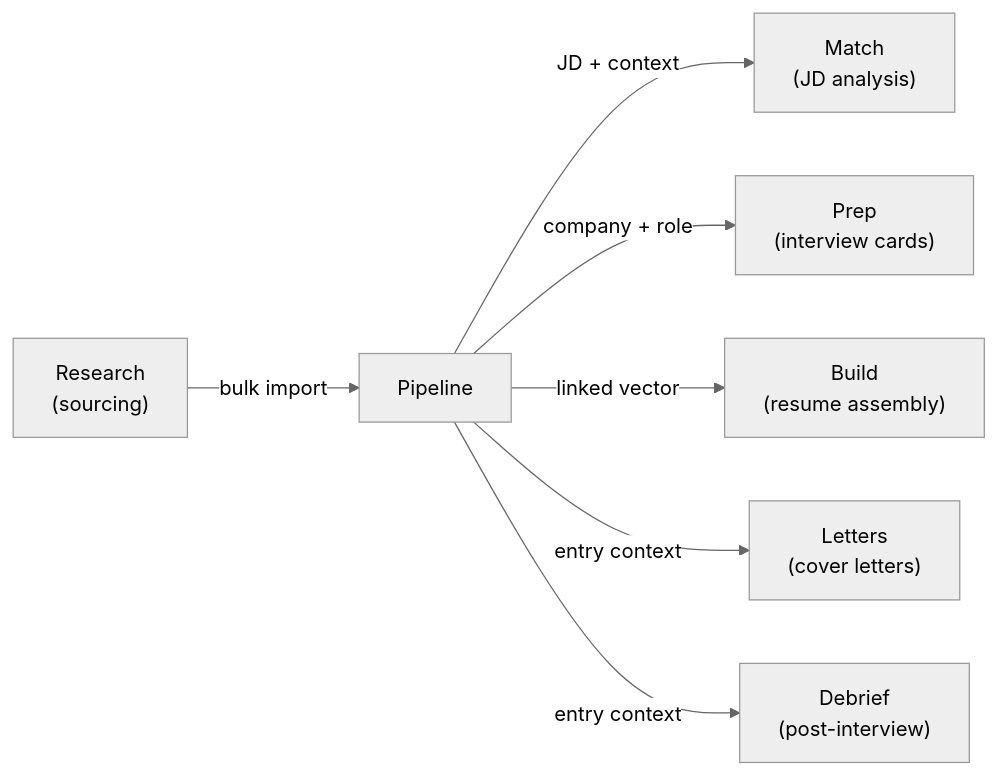
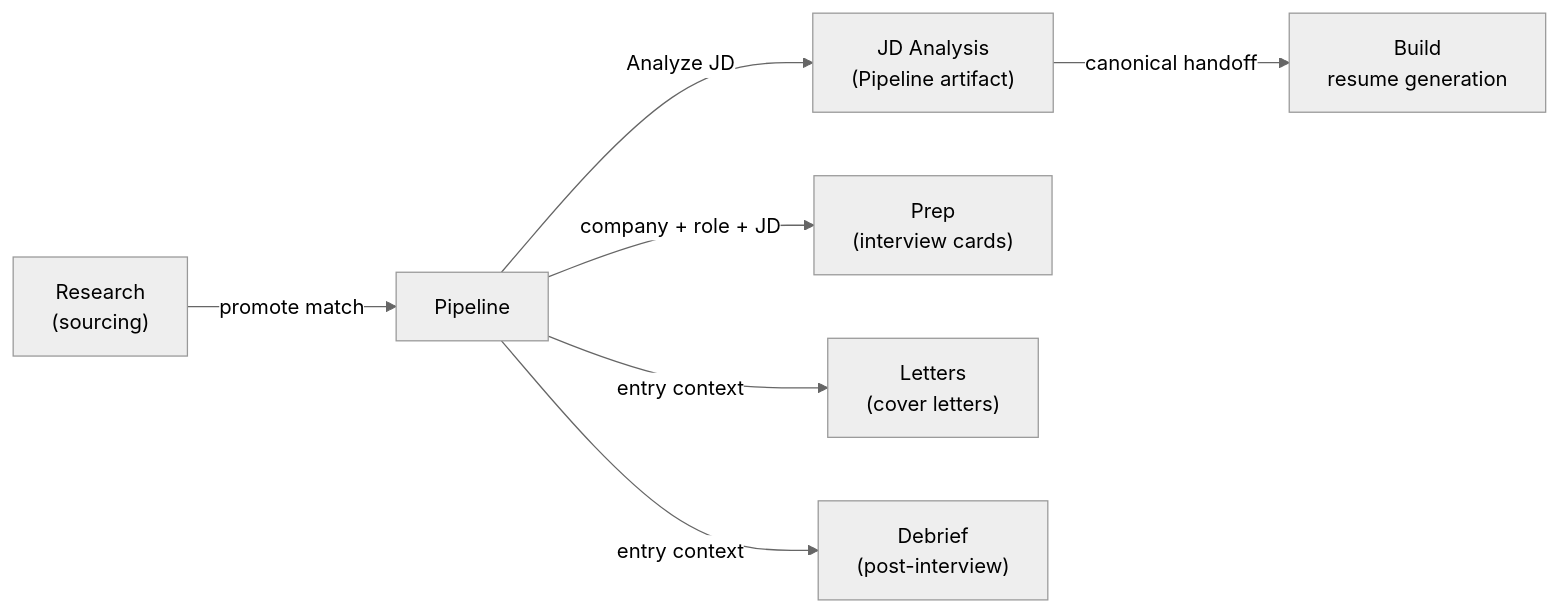
The second of 2 diagrams in docs/user-guides/pipeline.md (atlas-crew/Facet), drawn with Mermaid (neutral theme) before and after one commit. The commit also changed other lines of this file and 13 other files, not shown here.

Commit message:
docs(help): refresh current workspace flows

````diff
--- a/docs/user-guides/pipeline.md
+++ b/docs/user-guides/pipeline.md
@@ -262,9 +295,9 @@
 ```mermaid
 flowchart LR
-    Research["Research\n(sourcing)"] -->|bulk import| Pipeline
-    Pipeline -->|JD + context| Match["Match\n(JD analysis)"]
-    Pipeline -->|company + role| Prep["Prep\n(interview cards)"]
-    Pipeline -->|linked vector| Build["Build\n(resume assembly)"]
-    Pipeline -->|entry context| Letters["Letters\n(cover letters)"]
-    Pipeline -->|entry context| Debrief["Debrief\n(post-interview)"]
+    Research["Research<br/>(sourcing)"] -->|promote match| Pipeline
+    Pipeline -->|Analyze JD| JD["JD Analysis<br/>(Pipeline artifact)"]
+    JD -->|canonical handoff| Build["Build<br/>resume generation"]
+    Pipeline -->|company + role + JD| Prep["Prep<br/>(interview cards)"]
+    Pipeline -->|entry context| Letters["Letters<br/>(cover letters)"]
+    Pipeline -->|entry context| Debrief["Debrief<br/>(post-interview)"]
 ```
````
